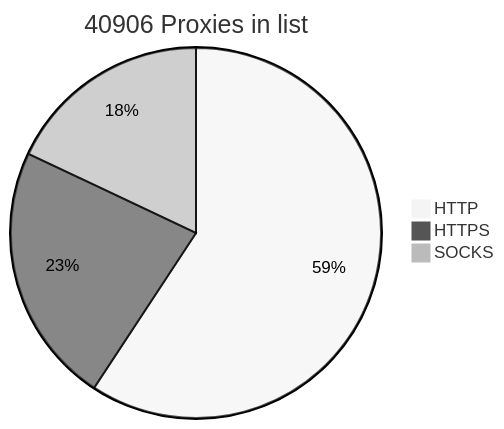
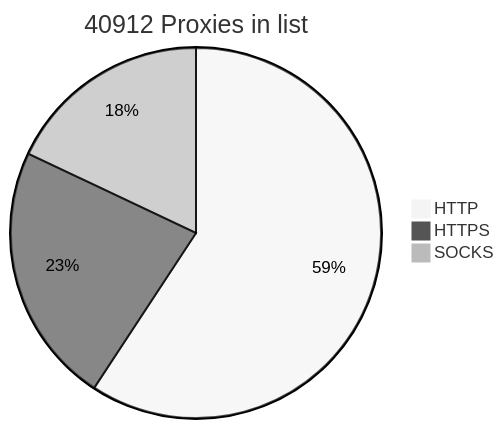
One commit to BlackSnowDot/proxylist-update-every-minute changed the diagram in README.md. Above: the diagram before and after it, drawn with Mermaid (neutral theme).

````diff
--- a/README.md
+++ b/README.md
@@ -2,6 +2,6 @@
 ```mermaid
-pie title 40906 Proxies in list
-    "HTTP" : 28549
-    "HTTPS": 10966
+pie title 40912 Proxies in list
+    "HTTP" : 28553
+    "HTTPS": 10973
     "SOCKS" : 8660
 ```
````
